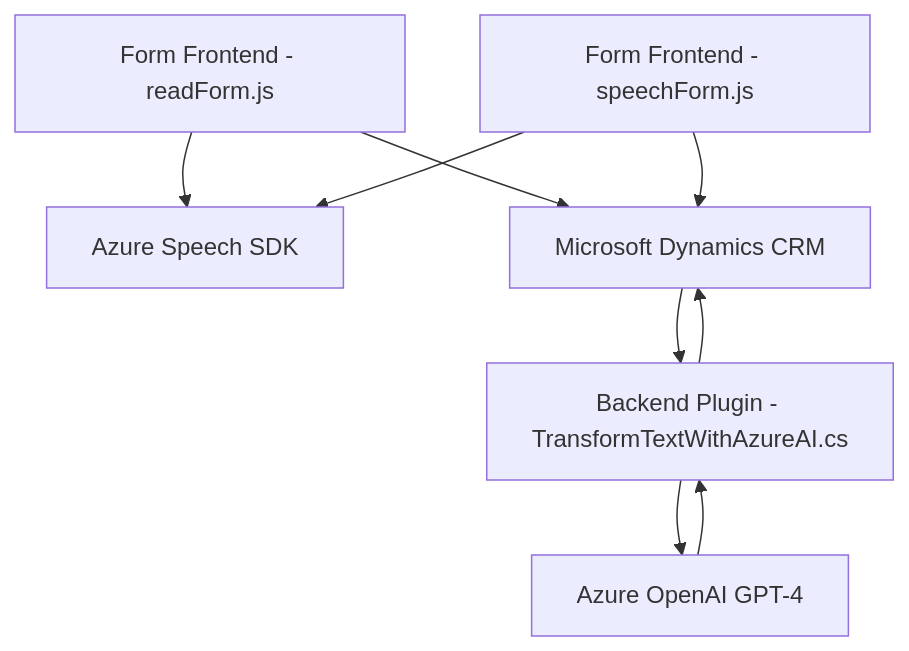
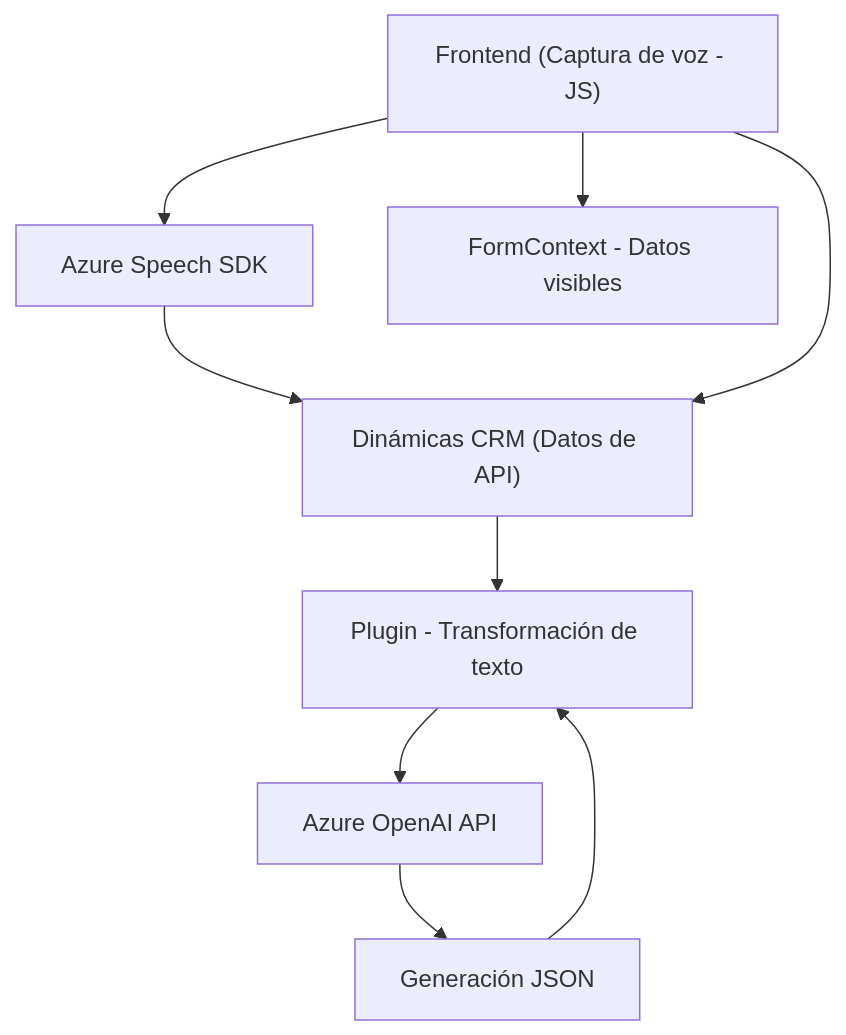
The diagram in README.md (blopezdm/NETCORE_BILBAO2025), drawn with Mermaid before and after one commit. The commit also changed other lines of this file, not shown here.

````diff
--- a/README.md
+++ b/README.md
@@ -50,18 +40,11 @@
 ```mermaid
 graph TD
-    A["Form Frontend - readForm.js"]
-    B["Form Frontend - speechForm.js"]
-    C["Azure Speech SDK"]
-    D["Backend Plugin - TransformTextWithAzureAI.cs"]
-    E["Microsoft Dynamics CRM"]
-    F["Azure OpenAI GPT-4"]
-    
-    A --> C
-    B --> C
-    A --> E
-    B --> E
-    D --> E
-    E --> D
-    D --> F
-    F --> D
+A["Frontend (Captura de voz - JS)"] --> B["Azure Speech SDK"]
+A --> C["FormContext - Datos visibles"]
+B --> D["Dinámicas CRM (Datos de API)"]
+D --> E["Plugin - Transformación de texto"]
+E --> F["Azure OpenAI API"]
+F --> G["Generación JSON"]
+A --> D
+G --> E
 ```
````
